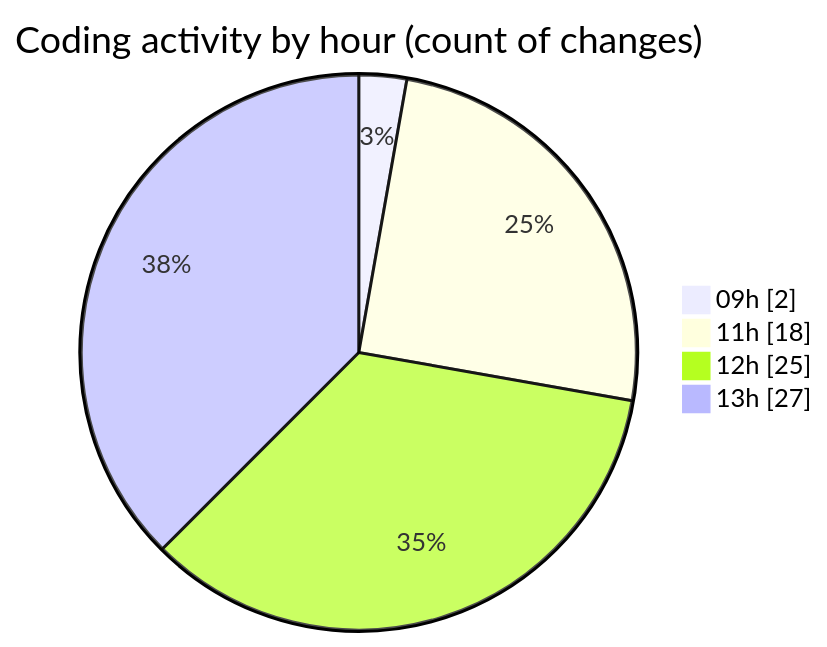
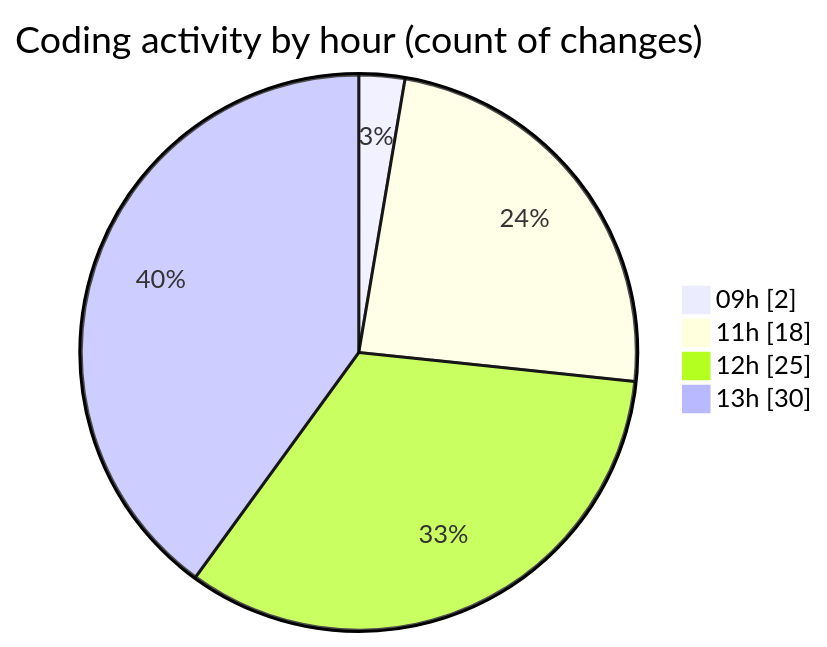
The second of 2 diagrams in 2025-06-30/cda/README.md (momahboobian/code-tracking), drawn with Mermaid before and after one commit. The commit also changed other lines of this file and 1 other file, not shown here.

````diff
--- a/2025-06-30/cda/README.md
+++ b/2025-06-30/cda/README.md
@@ -50,8 +50,8 @@
 ```mermaid
 pie showData
 title Coding activity by hour (count of changes)
 "09h" : 2
 "11h" : 18
 "12h" : 25
-"13h" : 27
+"13h" : 30
 ```
````
